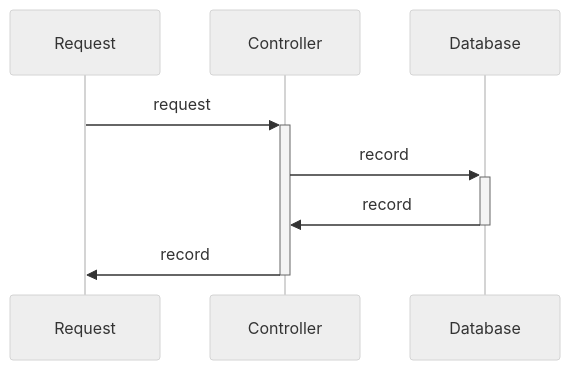
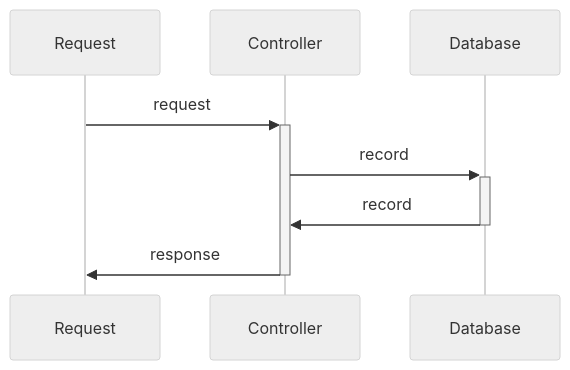
One commit to vinicinbgs/http-mock-server changed the diagram in README.md. Above: the diagram before and after it, drawn with Mermaid (neutral theme).

````diff
--- a/README.md
+++ b/README.md
@@ -26,7 +26,7 @@
 ```mermaid
 sequenceDiagram
     Request->>+Controller: request
     Controller->>+Database: record
     Database->>-Controller: record
-    Controller->>-Request: record
+    Controller->>-Request: response
 ```
````
